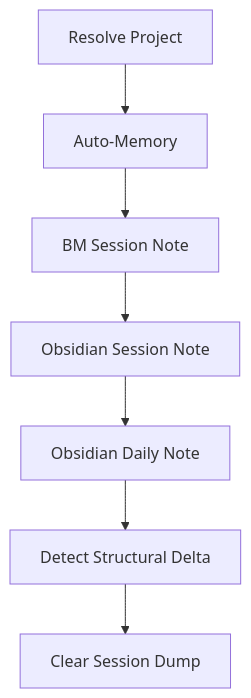
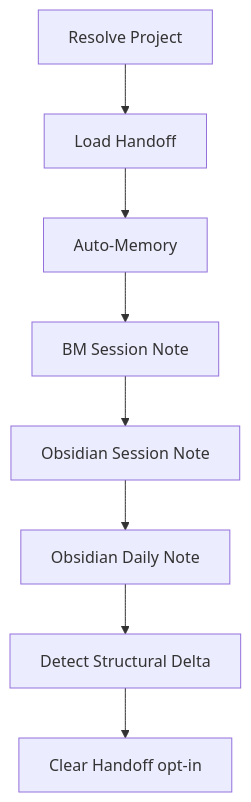
The diagram in skills/personal/wrap-up/README.md (adeonir/agent-skills), drawn with Mermaid before and after one commit. The commit also changed other lines of this file and 19 other files, not shown here.

First line of the commit message:
feat: extract session-handoff into standalone skill

````diff
--- a/skills/personal/wrap-up/README.md
+++ b/skills/personal/wrap-up/README.md
@@ -7,9 +7,10 @@
 ```mermaid
 flowchart TD
-    A[Resolve Project] --> B[Auto-Memory]
-    B --> C[BM Session Note]
-    C --> D[Obsidian Session Note]
-    D --> E[Obsidian Daily Note]
-    E --> F[Detect Structural Delta]
-    F --> G[Clear Session Dump]
+    A[Resolve Project] --> B[Load Handoff]
+    B --> C[Auto-Memory]
+    C --> D[BM Session Note]
+    D --> E[Obsidian Session Note]
+    E --> F[Obsidian Daily Note]
+    F --> G[Detect Structural Delta]
+    G --> H[Clear Handoff opt-in]
 ```
````
